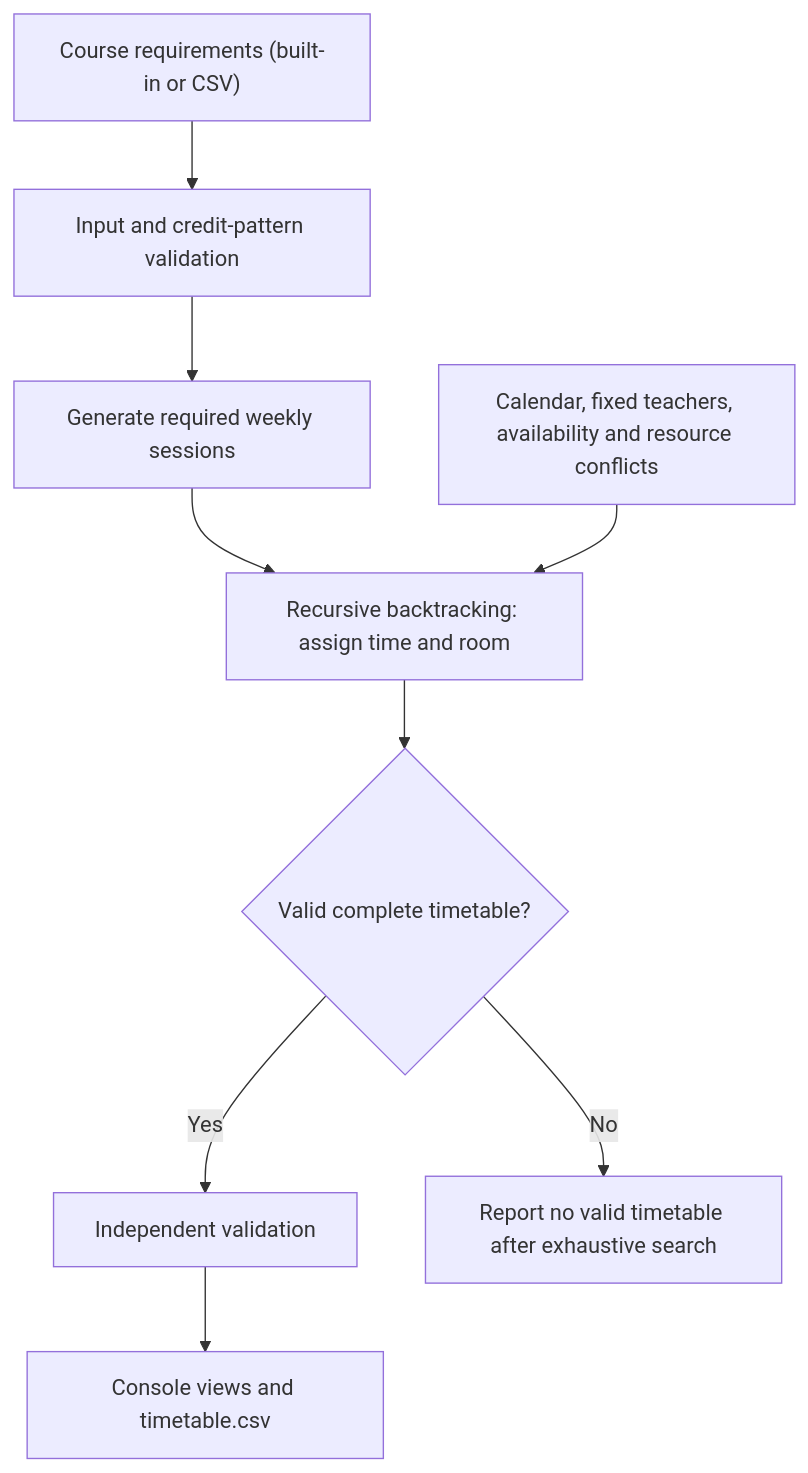
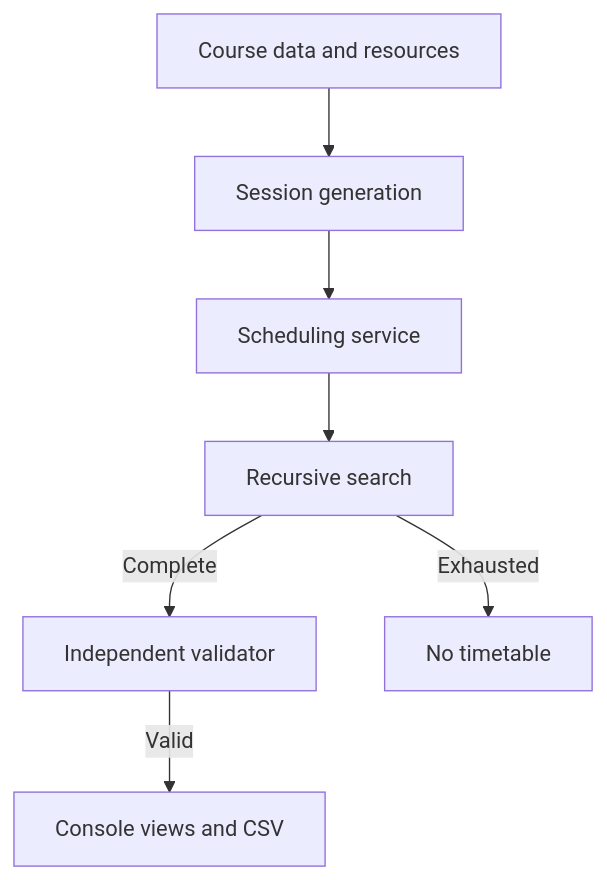
Before and after one commit to bsse1746-seraz/SPL-1: the diagram in README.md, drawn with Mermaid. The commit also changed other lines of this file and 9 other files, not shown here.

````diff
--- a/README.md
+++ b/README.md
@@ -66,11 +31,9 @@
 ```mermaid
 flowchart TD
-    A["Course requirements (built-in or CSV)"] --> B["Input and credit-pattern validation"]
-    B --> C["Generate required weekly sessions"]
-    C --> D["Recursive backtracking: assign time and room"]
-    E["Calendar, fixed teachers, availability and resource conflicts"] --> D
-    D --> F{"Valid complete timetable?"}
-    F -->|Yes| G["Independent validation"]
-    G --> H["Console views and timetable.csv"]
-    F -->|No| I["Report no valid timetable after exhaustive search"]
+    A["Course data and resources"] --> B["Session generation"]
+    B --> C["Scheduling service"]
+    C --> D["Recursive search"]
+    D -->|Complete| E["Independent validator"]
+    D -->|Exhausted| F["No timetable"]
+    E -->|Valid| G["Console views and CSV"]
 ```
````
